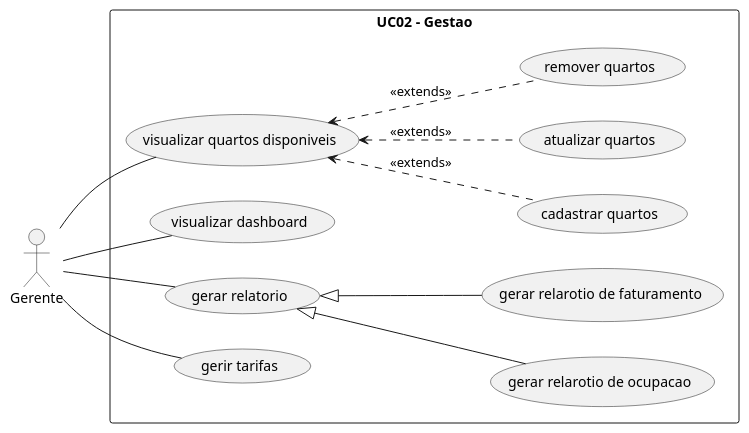
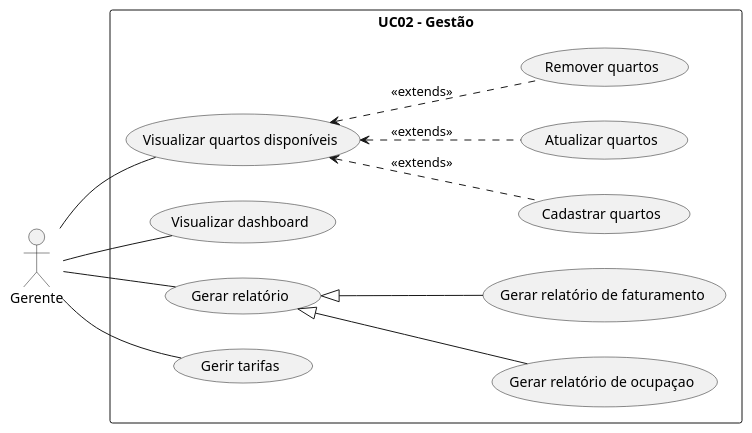
The diagram in diagramas/UC2_gestao.iuml (gusjjpv/serro-hotelaria), drawn with PlantUML before and after one commit. The commit also changed 1 other file, not shown here.

```diff
--- a/diagramas/UC2_gestao.iuml
+++ b/diagramas/UC2_gestao.iuml
@@ -1,32 +1,32 @@
 @startuml
 
 left to right direction
 actor "Gerente" as gerente
 
-rectangle "UC02 - Gestao"{
-    usecase "visualizar quartos disponiveis" as visualizar_quartos
-    usecase "cadastrar quartos" as cadastrar_quartos
-    usecase "atualizar quartos" as atualizar_quartos
-    usecase "remover quartos" as remover_quartos
-    usecase "visualizar dashboard" as visualizar_dashboard
-    usecase "gerar relatorio" as gerar_relatorio
-    usecase "gerar relarotio de ocupacao" as gerar_relatorio_ocupacao
-    usecase "gerar relarotio de faturamento" as gerar_relatorio_faturamento
-    usecase "gerir tarifas" as gerir_tarifas
+rectangle "UC02 - Gestão"{
+    usecase "Visualizar quartos disponíveis" as visualizar_quartos
+    usecase "Cadastrar quartos" as cadastrar_quartos
+    usecase "Atualizar quartos" as atualizar_quartos
+    usecase "Remover quartos" as remover_quartos
+    usecase "Visualizar dashboard" as visualizar_dashboard
+    usecase "Gerar relatório" as gerar_relatorio
+    usecase "Gerar relatório de ocupaçao" as gerar_relatorio_ocupacao
+    usecase "Gerar relatório de faturamento" as gerar_relatorio_faturamento
+    usecase "Gerir tarifas" as gerir_tarifas
 }
 
 gerente -- visualizar_quartos
 visualizar_quartos <.. cadastrar_quartos: <<extends>>
 visualizar_quartos <.. atualizar_quartos: <<extends>>
 visualizar_quartos <.. remover_quartos: <<extends>>
 
 gerente -- visualizar_dashboard
 
 gerente -- gerar_relatorio
 gerar_relatorio <|-- gerar_relatorio_ocupacao
 gerar_relatorio <|-- gerar_relatorio_faturamento
 
 gerente -- gerir_tarifas
 
 
 @enduml
```
